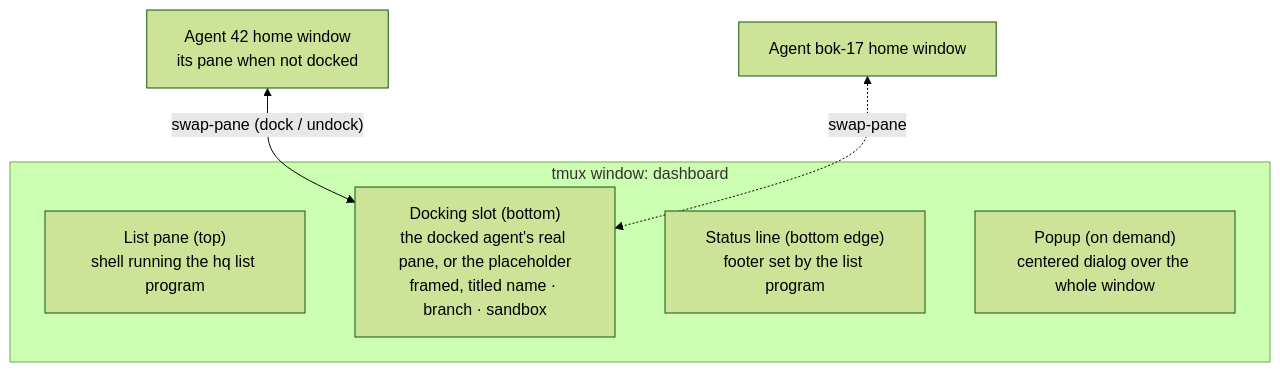
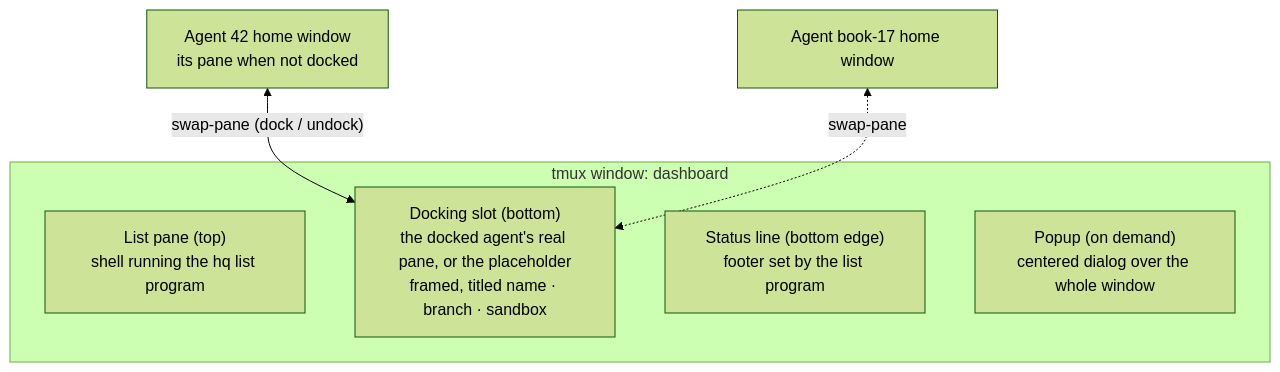
One commit to rkrysinski/hq changed the first of 4 diagrams in docs/design/hq.md. Above: the diagram before and after it, drawn with Mermaid (forest theme). The commit also changed other lines of this file and 107 other files, not shown here.

````diff
--- a/docs/design/hq.md
+++ b/docs/design/hq.md
@@ -33,13 +33,13 @@
 ```mermaid
 flowchart TB
     subgraph W["tmux window: dashboard"]
         L["List pane (top)<br/>shell running the hq list program"]
         S["Docking slot (bottom)<br/>the docked agent's real pane, or the placeholder<br/>framed, titled name · branch · sandbox"]
         F["Status line (bottom edge)<br/>footer set by the list program"]
         P["Popup (on demand)<br/>centered dialog over the whole window"]
     end
     H1["Agent 42 home window<br/>its pane when not docked"]
-    H2["Agent bok-17 home window"]
+    H2["Agent book-17 home window"]
     H1 <-- "swap-pane (dock / undock)" --> S
     H2 <-. "swap-pane" .-> S
 ```
````
